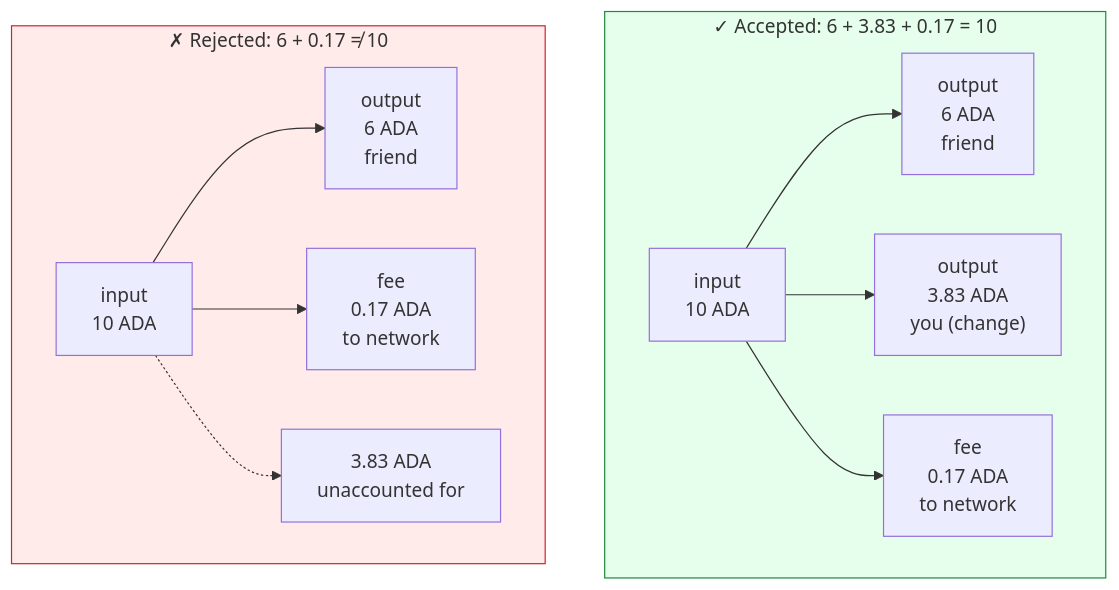
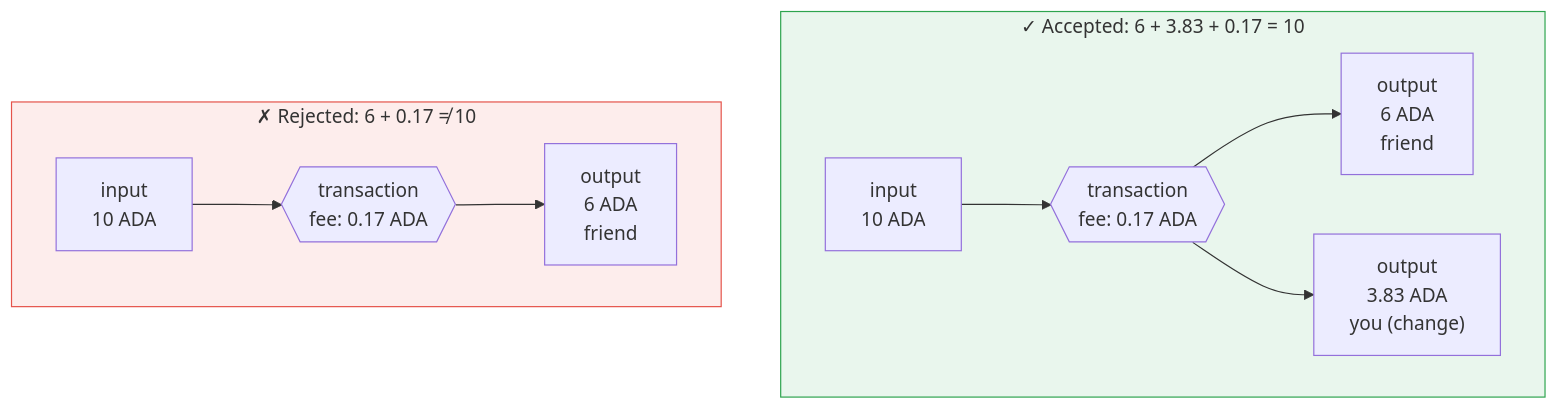
The second of 3 diagrams in docs/developers/onboarding/lectures/beginner/2-utxos-and-transactions.md (cardano-foundation/developer-portal), drawn with Mermaid before and after one commit. The commit also changed other lines of this file and 4 other files, not shown here.

Commit message:
Tighten the beginner lectures and make the diagrams theme-safe

````diff
--- a/docs/developers/onboarding/lectures/beginner/2-utxos-and-transactions.md
+++ b/docs/developers/onboarding/lectures/beginner/2-utxos-and-transactions.md
@@ -64,17 +64,16 @@
 ```mermaid
 flowchart TB
     subgraph OK["✓ Accepted: 6 + 3.83 + 0.17 = 10"]
         direction LR
-        IA["input<br/>10 ADA"] --> A1["output<br/>6 ADA<br/>friend"]
-        IA --> A2["output<br/>3.83 ADA<br/>you (change)"]
-        IA --> A3["fee<br/>0.17 ADA<br/>to network"]
+        IA["input<br/>10 ADA"] --> TA{{"transaction<br/>fee: 0.17 ADA"}}
+        TA --> A1["output<br/>6 ADA<br/>friend"]
+        TA --> A2["output<br/>3.83 ADA<br/>you (change)"]
     end
     subgraph BAD["✗ Rejected: 6 + 0.17 ≠ 10"]
         direction LR
-        IB["input<br/>10 ADA"] --> B1["output<br/>6 ADA<br/>friend"]
-        IB --> B2["fee<br/>0.17 ADA<br/>to network"]
-        IB -.-> LOST["3.83 ADA<br/>unaccounted for"]
+        IB["input<br/>10 ADA"] --> TB{{"transaction<br/>fee: 0.17 ADA"}}
+        TB --> B1["output<br/>6 ADA<br/>friend"]
     end
-    style OK fill:#e6ffec,stroke:#1f883d
-    style BAD fill:#ffebe9,stroke:#cf222e
+    style OK fill:#2da44e1a,stroke:#2da44e
+    style BAD fill:#e5534b1a,stroke:#e5534b
 ```
````
